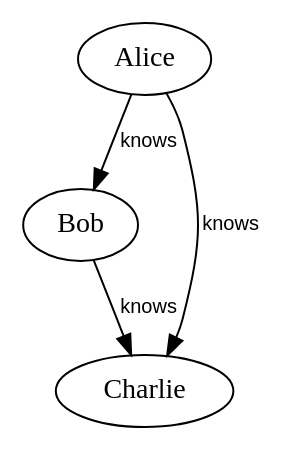
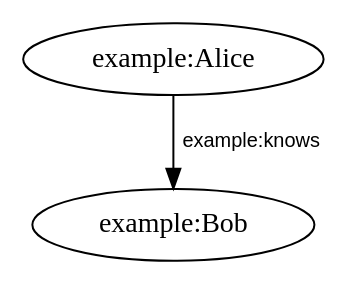
The diagram in Source-code/Host-environment/Common-Language-Runtime/FSharp/Interactive/Ergonomics/graph.dot (eristocrates/ipa), drawn with Graphviz before and after one commit. The commit also changed 5 other files, not shown here.

Commit message:
early but genuinely exciting graph success with Yog

```diff
--- a/Source-code/Host-environment/Common-Language-Runtime/FSharp/Interactive/Ergonomics/graph.dot
+++ b/Source-code/Host-environment/Common-Language-Runtime/FSharp/Interactive/Ergonomics/graph.dot
@@ -1,10 +1,7 @@
 digraph G {
   node [shape=ellipse];
   edge [fontname="Helvetica", fontsize=10];
-  0 [label="Alice"];
-  1 [label="Bob"];
-  2 [label="Charlie"];
-  0 -> 1 [label="knows"];
-  0 -> 2 [label="knows"];
-  1 -> 2 [label="knows"];
+  0 [label="example:Alice"];
+  1 [label="example:Bob"];
+  0 -> 1 [label="example:knows"];
 }
```
